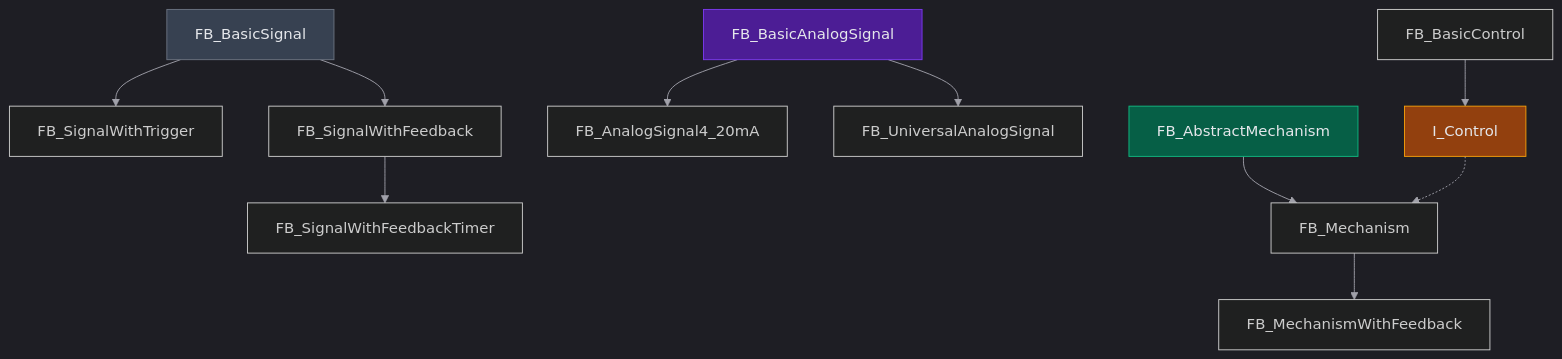
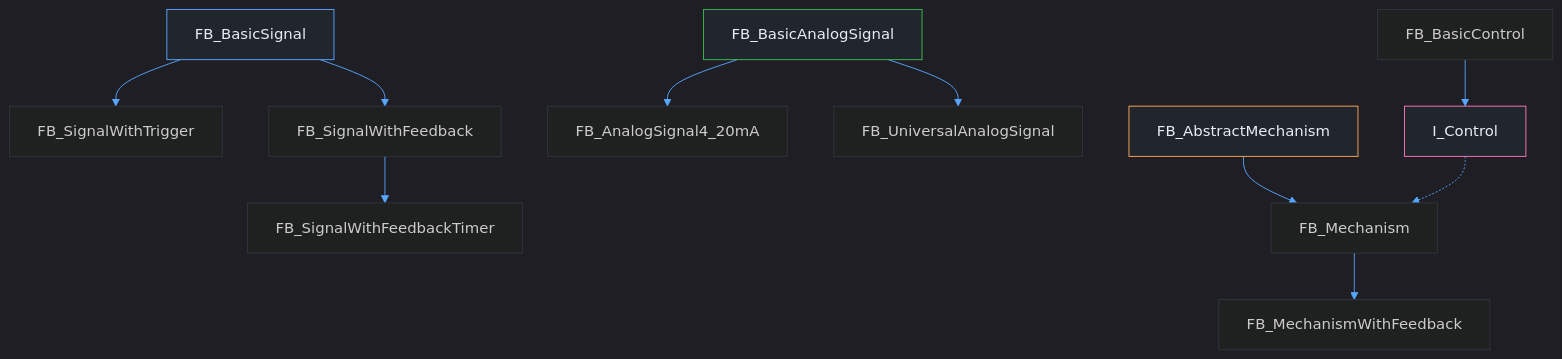
Before and after one commit to strwthvn/CC_StdLib_MkDocs: the diagram in docs/diagram.md, drawn with Mermaid. The commit also changed 6 other files, not shown here.

````diff
--- a/docs/diagram.md
+++ b/docs/diagram.md
@@ -33,33 +33,36 @@
 ```mermaid
 ---
 config:
   theme: dark
   themeVariables:
-    background: '#1e1e1e'
-    primaryColor: '#3f3f46'
-    primaryTextColor: '#e4e4e7'
-    primaryBorderColor: '#71717a'
-    lineColor: '#a1a1aa'
-    secondaryColor: '#27272a'
-    tertiaryColor: '#18181b'
-    classText: '#e4e4e7'
+    background: '#0d1117'
+    primaryColor: '#161b22'
+    primaryTextColor: '#e6edf3'
+    primaryBorderColor: '#30363d'
+    lineColor: '#58a6ff'
+    secondaryColor: '#21262d'
+    tertiaryColor: '#161b22'
+    classText: '#e6edf3'
+    nodeBkg: '#21262d'
+    nodeTextColor: '#e6edf3'
+    nodeBorder: '#30363d'
 ---
 graph TD
     A[FB_BasicSignal] --> B[FB_SignalWithTrigger]
     A --> C[FB_SignalWithFeedback]
     C --> D[FB_SignalWithFeedbackTimer]
     
     E[FB_BasicAnalogSignal] --> F[FB_AnalogSignal4_20mA]
     E --> G[FB_UniversalAnalogSignal]
     
     H[FB_AbstractMechanism] --> I[FB_Mechanism]
     I --> J[FB_MechanismWithFeedback]
     
     K[I_Control] -.-> I
     L[FB_BasicControl] --> K
     
-    style A fill:#374151,stroke:#6b7280,color:#e5e7eb
-    style E fill:#4c1d95,stroke:#7c3aed,color:#e5e7eb
-    style H fill:#065f46,stroke:#10b981,color:#e5e7eb
-    style K fill:#92400e,stroke:#f59e0b,color:#e5e7eb
+    style A fill:#21262d,stroke:#58a6ff,color:#e6edf3
+    style E fill:#21262d,stroke:#3fb950,color:#e6edf3
+    style H fill:#21262d,stroke:#ffa657,color:#e6edf3
+    style K fill:#21262d,stroke:#f778ba,color:#e6edf3
 ```
````
